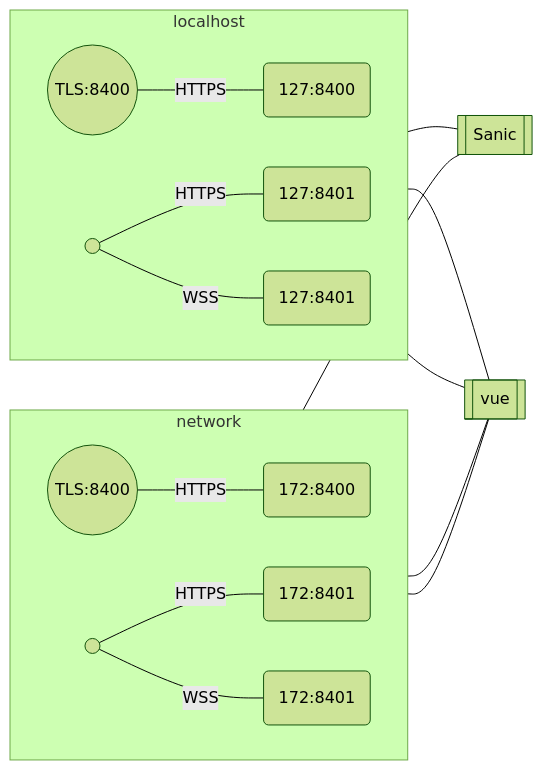
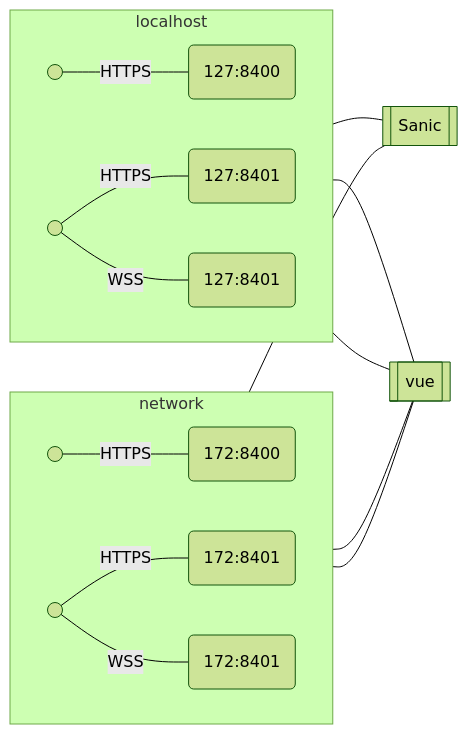
The first of 4 diagrams in natural4-server/natural4_server/nginx-proxy.md (smucclaw/gsheet), drawn with Mermaid (forest theme) before and after one commit. The commit also changed other lines of this file, not shown here.

Commit message:
Diagram 2

````diff
--- a/natural4-server/natural4_server/nginx-proxy.md
+++ b/natural4-server/natural4_server/nginx-proxy.md
@@ -6,21 +6,21 @@
 ```mermaid
 flowchart LR
     subgraph network
         direction LR
-        network_tls_8400_port(( TLS:8400 ))-- HTTPS ---network_https_8400(172:8400)
-        network_tls_8401_port(( TLS:8401 ))-- HTTPS ---network_https_8401(172:8401)
-        network_tls_8401_port(( ))-- WSS ---network_wss_8401(172:8401)
+        network_tls_8400_port((  ))-- HTTPS ---network_https_8400(172:8400)
+        network_tls_8401_port((  ))-- HTTPS ---network_https_8401(172:8401)
+        network_tls_8401_port((  ))-- WSS ---network_wss_8401(172:8401)
     end
     subgraph localhost
         direction LR
-        loop_https_8400_port(( TLS:8400 ))-- HTTPS ---loop_https_8400(127:8400)
-        loop_tls_8401_port(( TLS:8401 ))-- HTTPS ---loop_https_8401(127:8401)
+        loop_https_8400_port((  ))-- HTTPS ---loop_https_8400(127:8400)
+        loop_tls_8401_port((  ))-- HTTPS ---loop_https_8401(127:8401)
         loop_tls_8401_port(( ))-- WSS ---loop_wss_8401(127:8401)
     end
     network_https_8400---sanic[[ Sanic ]]
     loop_https_8400---sanic
     network_https_8401---vue[[ vue ]]
     loop_https_8401---vue
     loop_wss_8401---vue
     network_wss_8401---vue
 ```
````
